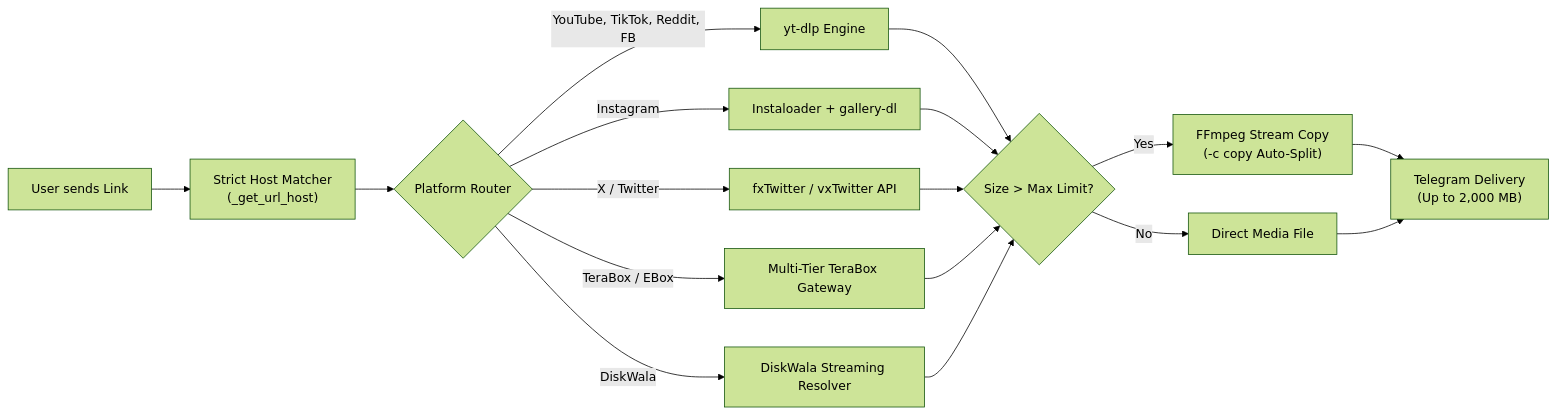
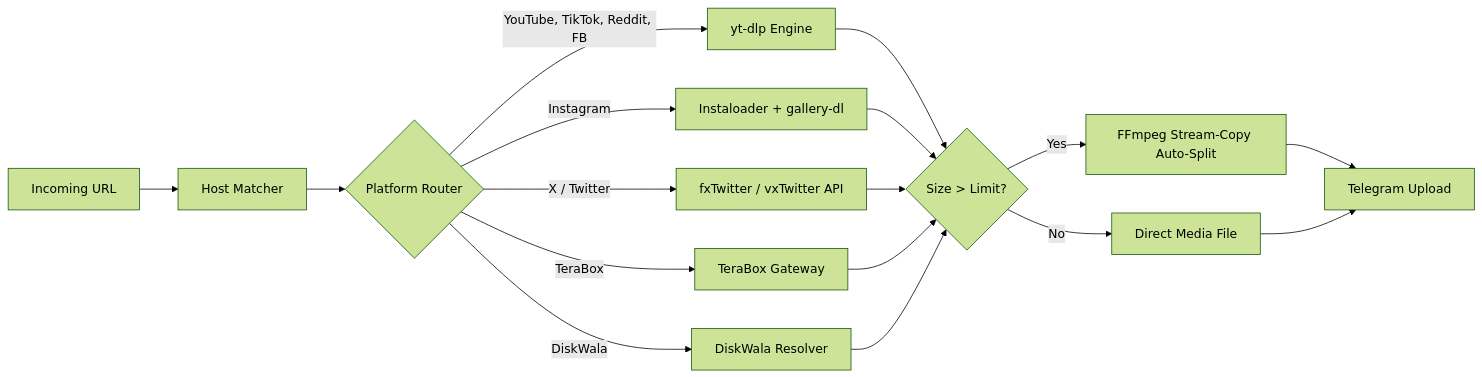
The diagram in README.md (rahilanw4r/universal-media-downloader-bot), drawn with Mermaid (forest theme) before and after one commit. The commit also changed other lines of this file, not shown here.

````diff
--- a/README.md
+++ b/README.md
@@ -62,14 +42,14 @@
 ```mermaid
 flowchart LR
-    A["User sends Link"] --> B["Strict Host Matcher\n(_get_url_host)"]
+    A["Incoming URL"] --> B["Host Matcher"]
     B --> C{"Platform Router"}
     C -->|YouTube, TikTok, Reddit, FB| D["yt-dlp Engine"]
     C -->|Instagram| E["Instaloader + gallery-dl"]
     C -->|X / Twitter| F["fxTwitter / vxTwitter API"]
-    C -->|TeraBox / EBox| G["Multi-Tier TeraBox Gateway"]
-    C -->|DiskWala| H["DiskWala Streaming Resolver"]
-    D & E & F & G & H --> I{"Size > Max Limit?"}
-    I -->|Yes| J["FFmpeg Stream Copy\n(-c copy Auto-Split)"]
+    C -->|TeraBox| G["TeraBox Gateway"]
+    C -->|DiskWala| H["DiskWala Resolver"]
+    D & E & F & G & H --> I{"Size > Limit?"}
+    I -->|Yes| J["FFmpeg Stream-Copy Auto-Split"]
     I -->|No| K["Direct Media File"]
-    J & K --> L["Telegram Delivery\n(Up to 2,000 MB)"]
+    J & K --> L["Telegram Upload"]
 ```
````
